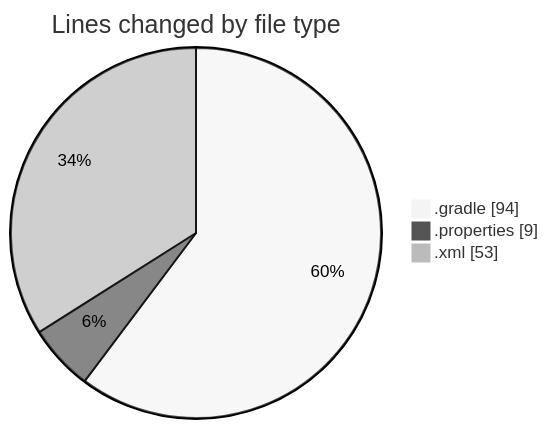
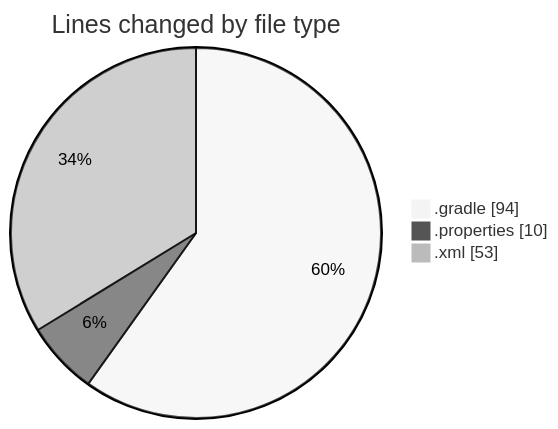
One commit to donsfak/code-tracking changed the first of 2 diagrams in 2025-02-01/maps_clone/README.md. Above: the diagram before and after it, drawn with Mermaid (neutral theme). The commit also changed other lines of this file and 1 other file, not shown here.

````diff
--- a/2025-02-01/maps_clone/README.md
+++ b/2025-02-01/maps_clone/README.md
@@ -25,7 +25,7 @@
 ```mermaid
 pie showData
 title Lines changed by file type
 ".gradle" : 94
-".properties" : 9
+".properties" : 10
 ".xml" : 53
 ```
````
